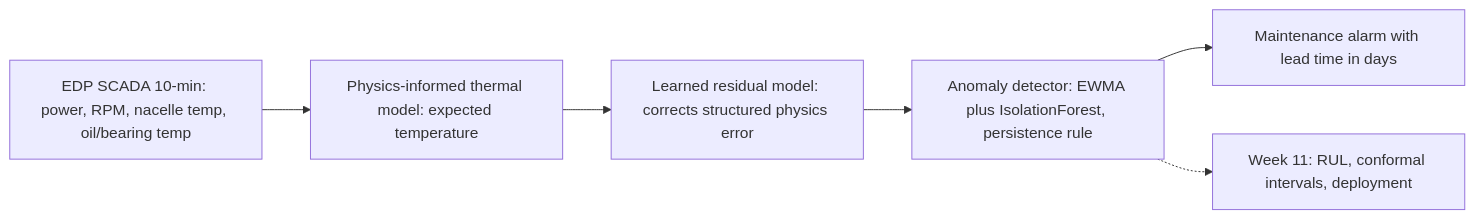
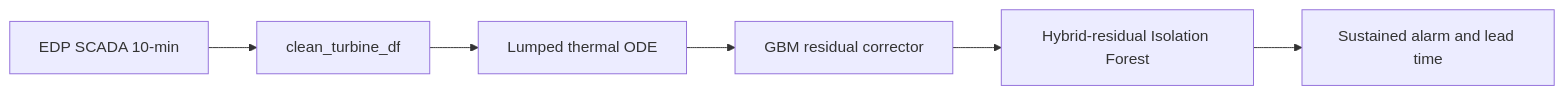
The diagram in docs/ARCHITECTURE.md (mehmetertac/wind-digital-twin), drawn with Mermaid before and after one commit. The commit also changed other lines of this file and 46 other files, not shown here.

````diff
--- a/docs/ARCHITECTURE.md
+++ b/docs/ARCHITECTURE.md
@@ -36,8 +36,8 @@
 ```mermaid
 flowchart LR
-    scada["EDP SCADA 10-min: power, RPM, nacelle temp, oil/bearing temp"] --> physics["Physics-informed thermal model: expected temperature"]
-    physics --> resid["Learned residual model: corrects structured physics error"]
-    resid --> anomaly["Anomaly detector: EWMA plus IsolationForest, persistence rule"]
-    anomaly --> alarm["Maintenance alarm with lead time in days"]
-    anomaly -.-> week11["Week 11: RUL, conformal intervals, deployment"]
+    scada["EDP SCADA 10-min"] --> clean["clean_turbine_df"]
+    clean --> ode["Lumped thermal ODE"]
+    ode --> gbm["GBM residual corrector"]
+    gbm --> det["Hybrid-residual Isolation Forest"]
+    det --> alarm["Sustained alarm and lead time"]
 ```
````
